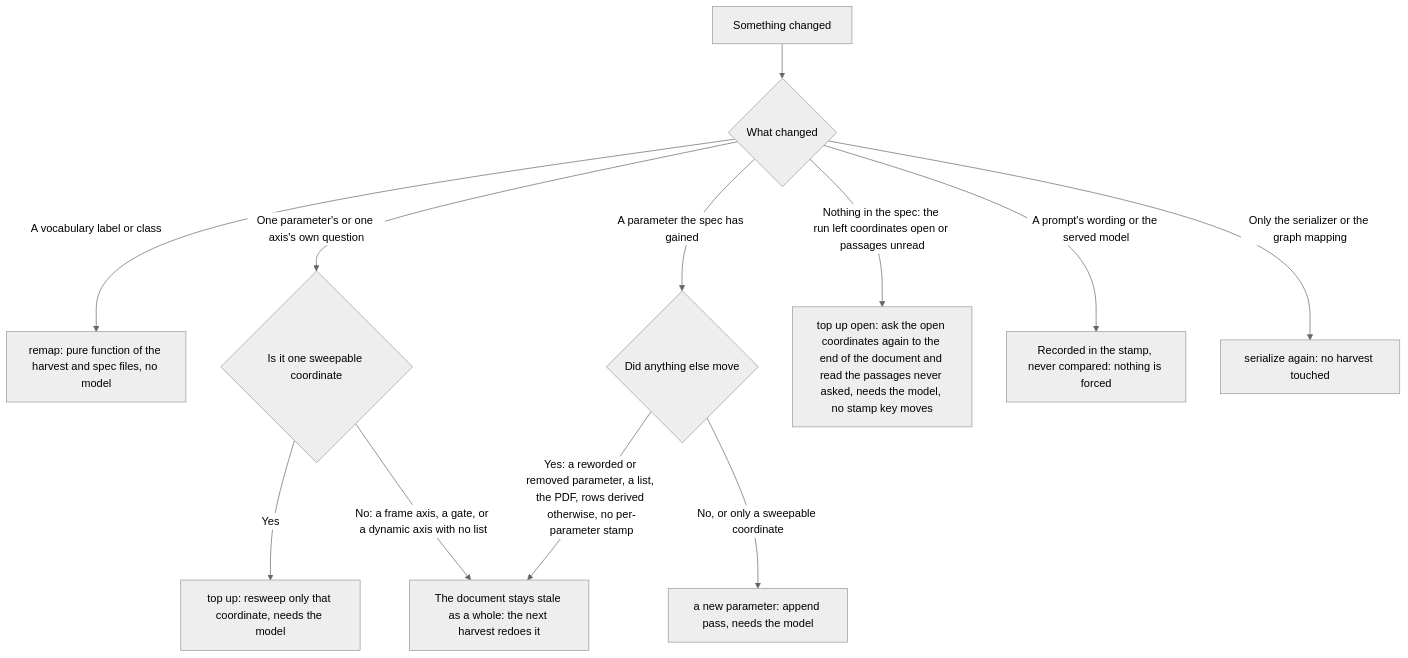
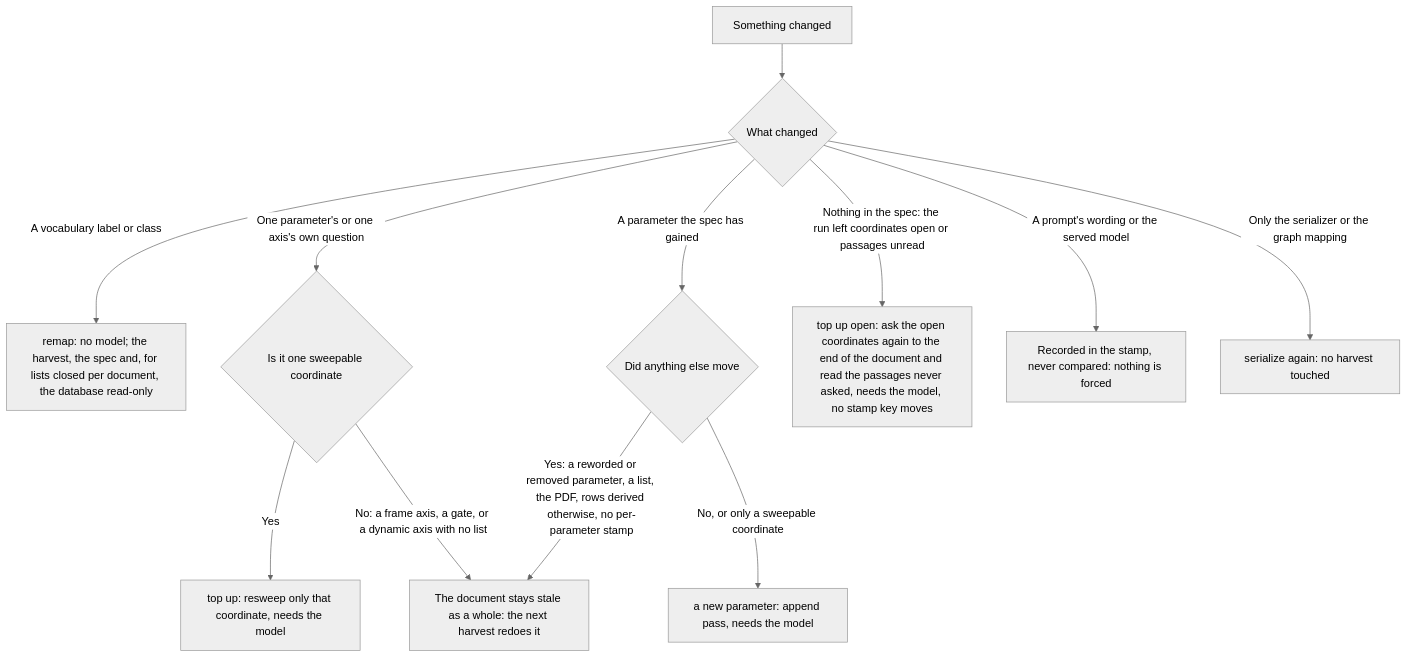
One commit to OpenEnergyPlatform/municipal-heat-planning-pdf-processing changed the second of 2 diagrams in docs/_intros/stages/extraction.md. Above: the diagram before and after it, drawn with Mermaid (neutral theme). The commit also changed other lines of this file and 24 other files, not shown here.

````diff
--- a/docs/_intros/stages/extraction.md
+++ b/docs/_intros/stages/extraction.md
@@ -1181,14 +1181,14 @@
 ```mermaid
 flowchart TD
     change[Something changed] --> kind{What changed}
-    kind -->|A vocabulary label or class| remap[remap: pure function of the harvest and spec files, no model]
+    kind -->|A vocabulary label or class| remap[remap: no model; the harvest, the spec and, for lists closed per document, the database read-only]
     kind -->|One parameter's or one axis's own question| sweepable{Is it one sweepable coordinate}
     sweepable -->|Yes| topup[top up: resweep only that coordinate, needs the model]
     sweepable -->|No: a frame axis, a gate, or a dynamic axis with no list| stale[The document stays stale as a whole: the next harvest redoes it]
     kind -->|A parameter the spec has gained| added{Did anything else move}
     added -->|No, or only a sweepable coordinate| append[a new parameter: append pass, needs the model]
     added -->|Yes: a reworded or removed parameter, a list, the PDF, rows derived otherwise, no per-parameter stamp| stale
     kind -->|Nothing in the spec: the run left coordinates open or passages unread| open[top up open: ask the open coordinates again to the end of the document and read the passages never asked, needs the model, no stamp key moves]
     kind -->|A prompt's wording or the served model| noted[Recorded in the stamp, never compared: nothing is forced]
     kind -->|Only the serializer or the graph mapping| serialize[serialize again: no harvest touched]
 ```
````
